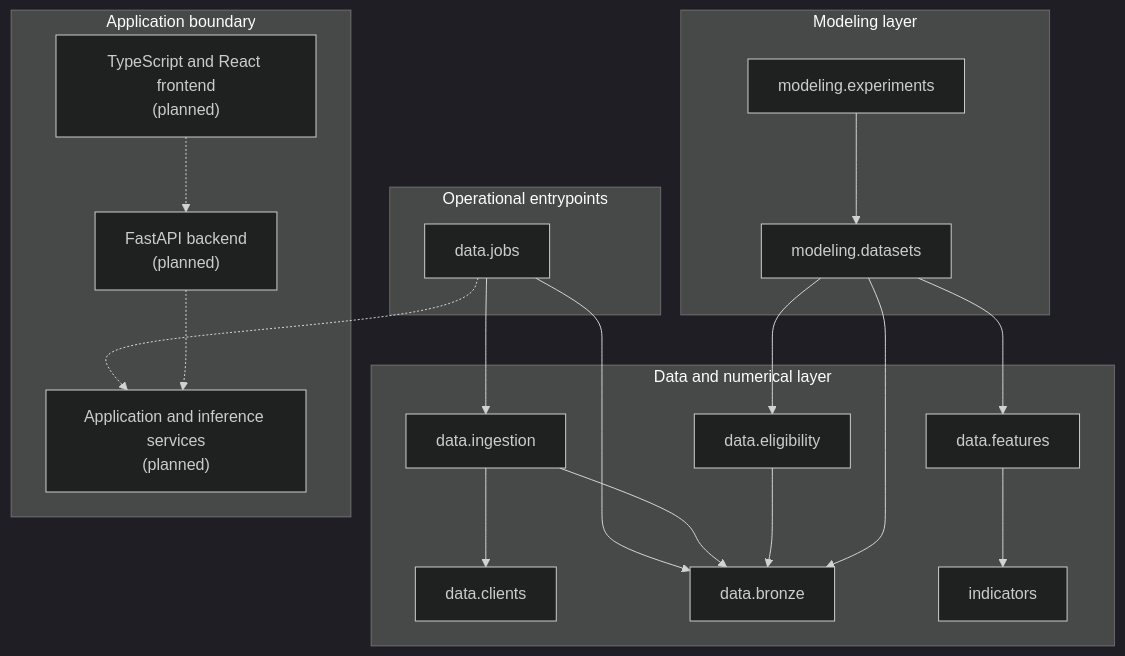
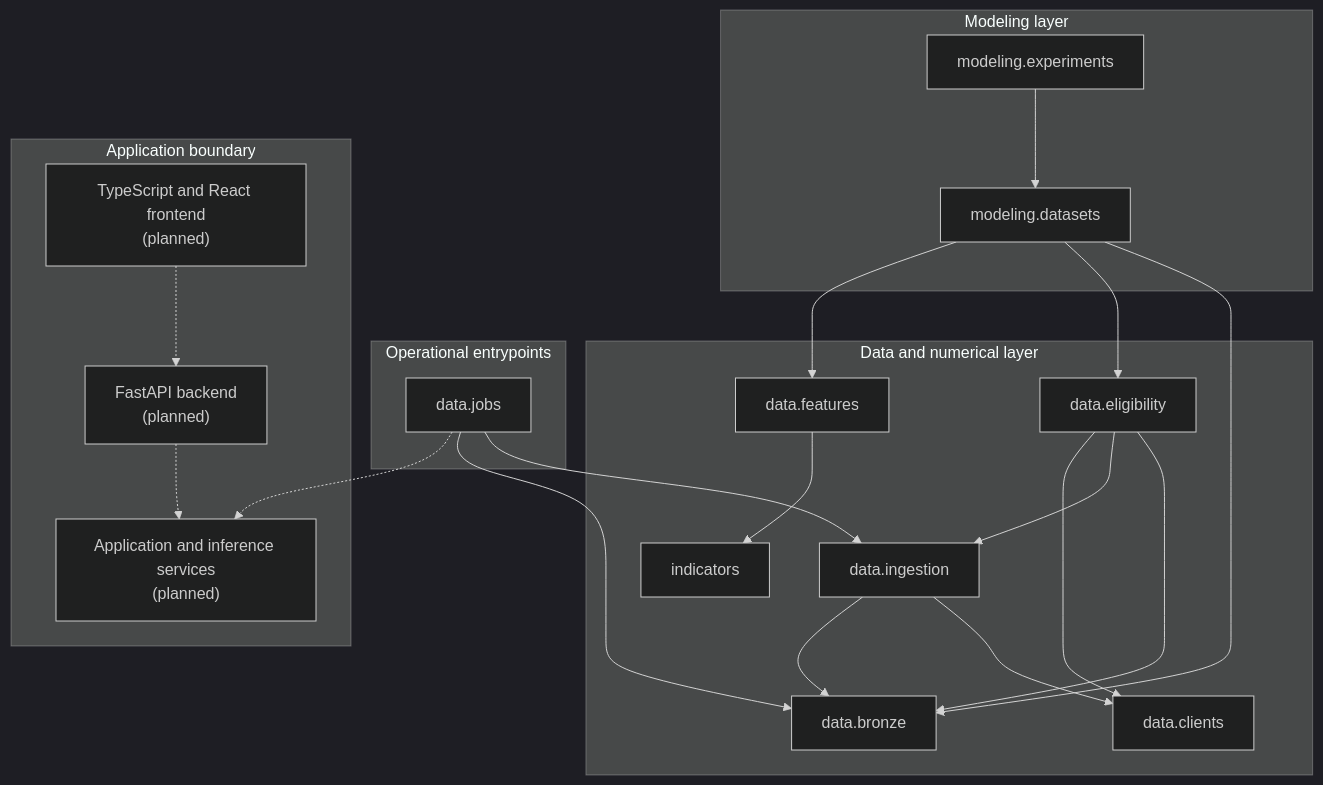
The third of 3 diagrams in docs/architecture/overview.md (Frallmeister/swingtrader-app), drawn with Mermaid (dark theme) before and after one commit.

Commit message:
Add more relations to modeling overview diagram

````diff
--- a/docs/architecture/overview.md
+++ b/docs/architecture/overview.md
@@ -69,40 +69,42 @@
 ```mermaid
 flowchart TB
     subgraph entrypoints["Operational entrypoints"]
         jobs["data.jobs"]
     end
 
     subgraph data["Data and numerical layer"]
         clients["data.clients"]
         ingestion["data.ingestion"]
         bronze["data.bronze"]
         eligibility["data.eligibility"]
         indicators["indicators"]
         features["data.features"]
     end
 
     subgraph modeling["Modeling layer"]
         datasets["modeling.datasets"]
         experiments["modeling.experiments"]
     end
 
     subgraph application["Application boundary"]
         services["Application and inference services<br/>(planned)"]
         api["FastAPI backend<br/>(planned)"]
         frontend["TypeScript and React frontend<br/>(planned)"]
     end
 
     jobs --> ingestion
     jobs --> bronze
     jobs -.-> services
     ingestion --> clients
     ingestion --> bronze
     eligibility --> bronze
+    eligibility --> ingestion
+    eligibility --> clients
     features --> indicators
     datasets --> bronze
     datasets --> eligibility
     datasets --> features
     experiments --> datasets
     api -.-> services
     frontend -.-> api
 ```
````
